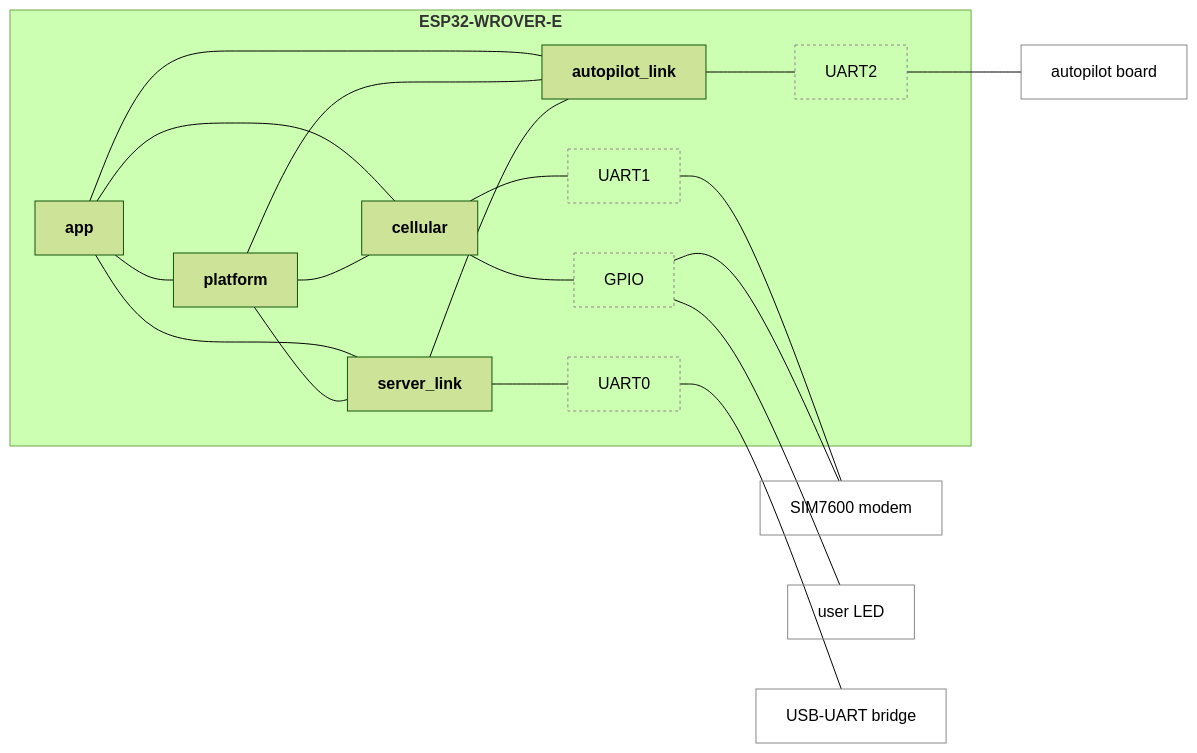
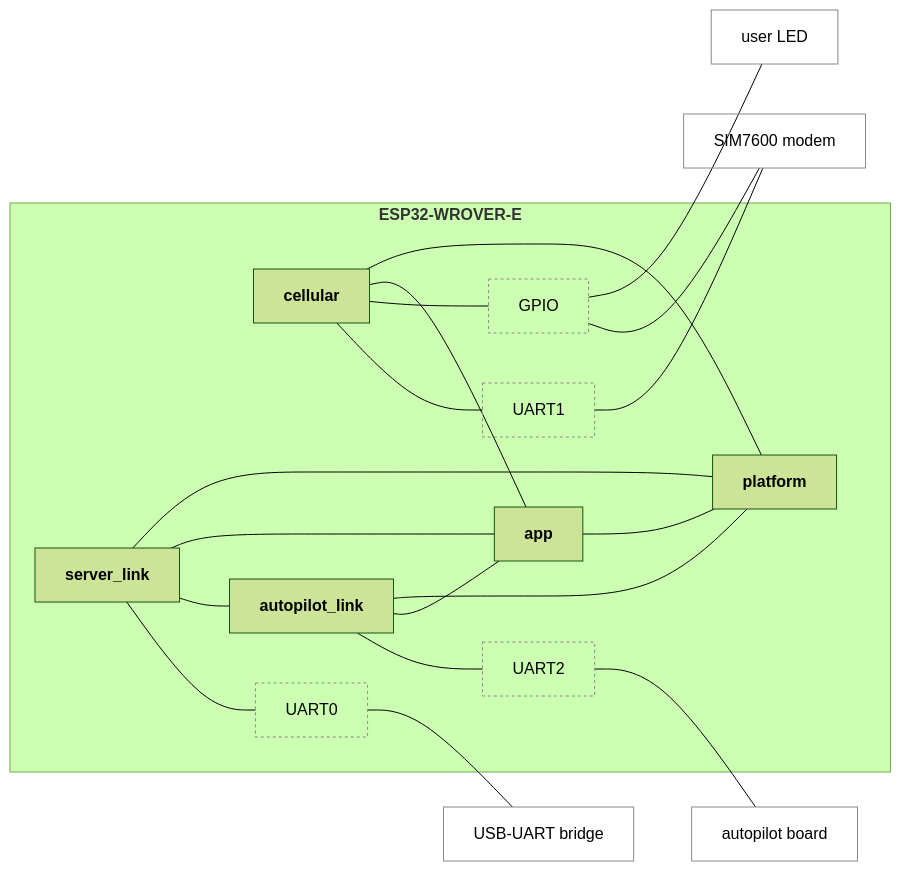
Before and after one commit to jRmx0/esp-architecture: the fourth of 6 diagrams in examples/gateway/diagrams.md, drawn with Mermaid (forest theme). The commit also changed other lines of this file and 3 other files, not shown here.

First line of the commit message:
Block diagrams: no layout hints, lines inside out

````diff
--- a/examples/gateway/diagrams.md
+++ b/examples/gateway/diagrams.md
@@ -76,39 +76,39 @@
 ```mermaid
 flowchart LR
   subgraph cpu_box["<b>ESP32-WROVER-E</b>"]
     n_cellular["<b>cellular</b>"]
     n_server_link["<b>server_link</b>"]
     n_autopilot_link["<b>autopilot_link</b>"]
     n_app["<b>app</b>"]
     n_platform["<b>platform</b>"]
     n_uart_modem["UART1"]
     n_uart2_board["UART2"]
     n_uart0_console["UART0"]
     n_gpio_board["GPIO"]
   end
   n_sim7600["SIM7600 modem"]
   n_user_led["user LED"]
   n_autopilot_board["autopilot board"]
   n_ch9102["USB-UART bridge"]
   n_server_link --- n_uart0_console
   n_cellular --- n_uart_modem
   n_cellular --- n_gpio_board
   n_autopilot_link --- n_uart2_board
   n_uart_modem --- n_sim7600
   n_gpio_board --- n_sim7600
   n_gpio_board --- n_user_led
   n_uart2_board --- n_autopilot_board
   n_uart0_console --- n_ch9102
+  n_cellular --- n_app
+  n_cellular --- n_platform
+  n_server_link --- n_autopilot_link
+  n_server_link --- n_app
+  n_server_link --- n_platform
+  n_autopilot_link --- n_app
+  n_autopilot_link --- n_platform
   n_app --- n_platform
-  n_app --- n_server_link
-  n_app --- n_cellular
-  n_app --- n_autopilot_link
-  n_platform --- n_server_link
-  n_platform --- n_cellular
-  n_platform --- n_autopilot_link
-  n_server_link --- n_autopilot_link
   classDef bus fill:none,stroke:#888,stroke-dasharray:3 3
   class n_uart_modem,n_uart2_board,n_uart0_console,n_gpio_board bus
   classDef device fill:none,stroke:#888
   class n_sim7600,n_user_led,n_autopilot_board,n_ch9102 device
 ```
````
